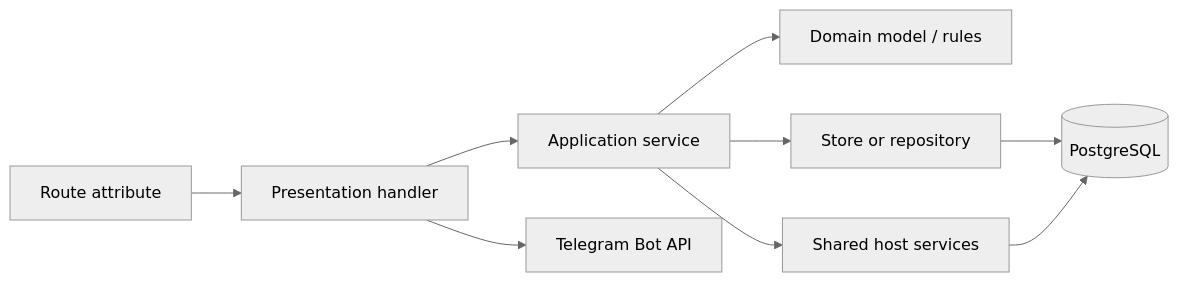
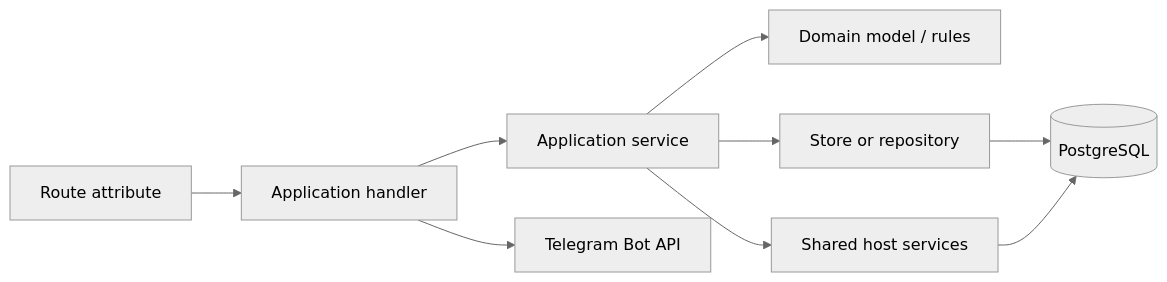
Before and after one commit to cpp20120/CazinoShiz: the eighth of 18 diagrams in docs/arch.md, drawn with Mermaid (neutral theme). The commit also changed 5 other files, not shown here.

````diff
--- a/docs/arch.md
+++ b/docs/arch.md
@@ -255,20 +255,20 @@
 ```mermaid
 flowchart LR
     route["Route attribute"]
-    handler["Presentation handler"]
+    handler["Application handler"]
     service["Application service"]
     domain["Domain model / rules"]
     store["Store or repository"]
     shared["Shared host services"]
     pg[("PostgreSQL")]
     telegram["Telegram Bot API"]
 
     route --> handler
     handler --> service
     service --> domain
     service --> store
     service --> shared
     store --> pg
     shared --> pg
     handler --> telegram
 ```
````
